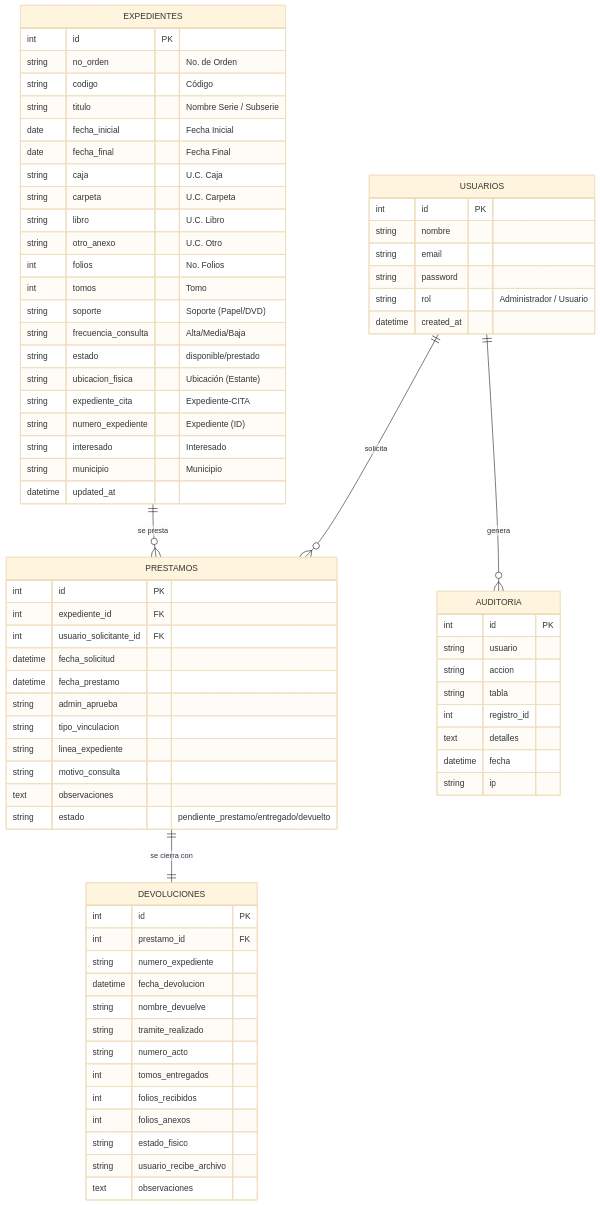
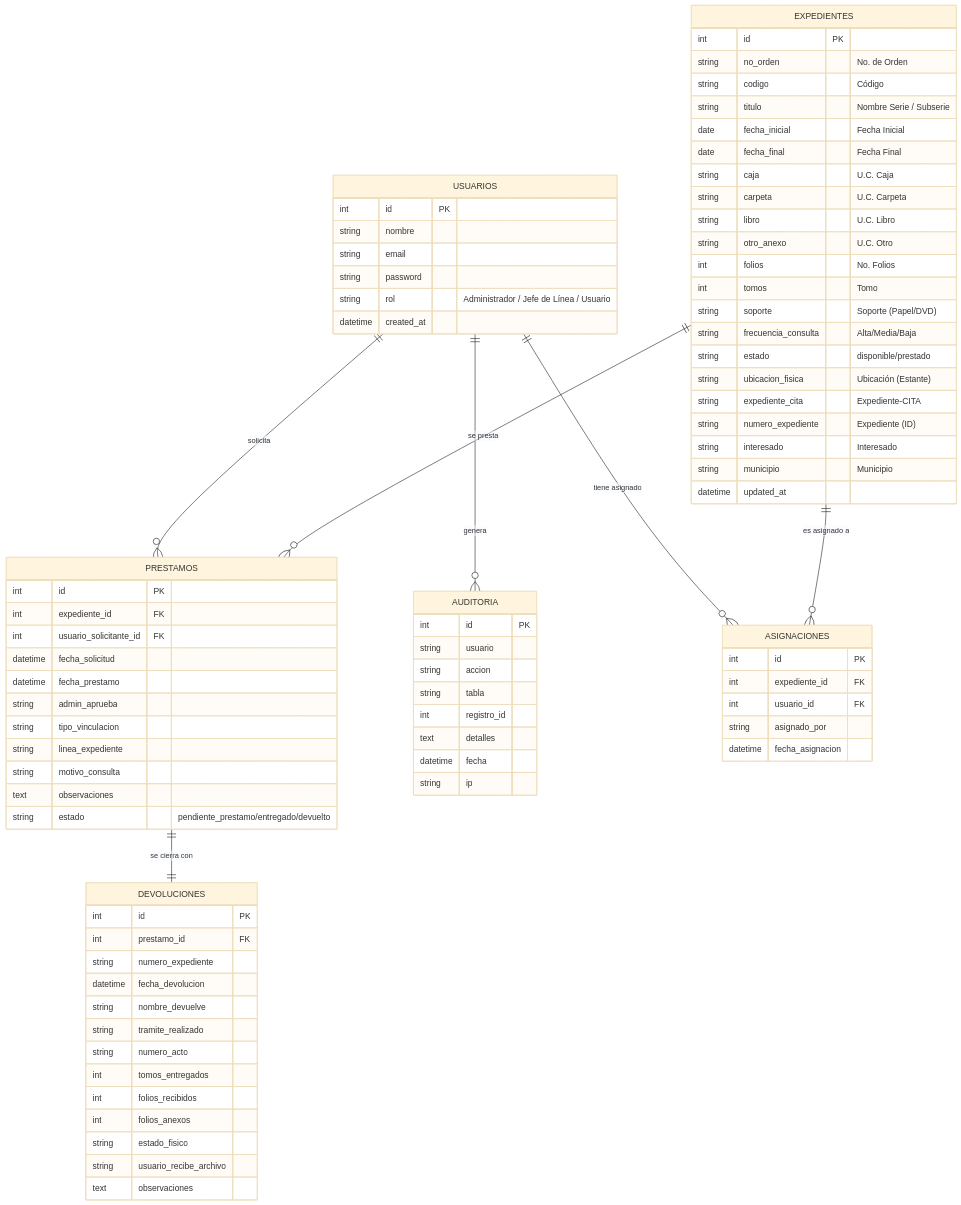
Before and after one commit to HayderFino/Gestion_Documental: the diagram in documentacion/DIAGRAMA_SQL.md, drawn with Mermaid (base theme). The commit also changed 13 other files, not shown here.

Commit message:
feat: implement core management controllers, database schema, and dashboard functionality for the expediente system

```diff
--- a/documentacion/DIAGRAMA_SQL.md
+++ b/documentacion/DIAGRAMA_SQL.md
@@ -6,7 +6,9 @@
 erDiagram
     USUARIOS ||--o{ PRESTAMOS : solicita
     USUARIOS ||--o{ AUDITORIA : genera
+    USUARIOS ||--o{ ASIGNACIONES : "tiene asignado"
     EXPEDIENTES ||--o{ PRESTAMOS : "se presta"
+    EXPEDIENTES ||--o{ ASIGNACIONES : "es asignado a"
     PRESTAMOS ||--|| DEVOLUCIONES : "se cierra con"
 
     USUARIOS {
@@ -14,8 +16,16 @@
         string nombre
         string email
         string password
-        string rol "Administrador / Usuario"
+        string rol "Administrador / Jefe de Línea / Usuario"
         datetime created_at
+    }
+
+    ASIGNACIONES {
+        int id PK
+        int expediente_id FK
+        int usuario_id FK
+        string asignado_por
+        datetime fecha_asignacion
     }
 
     EXPEDIENTES {
```
